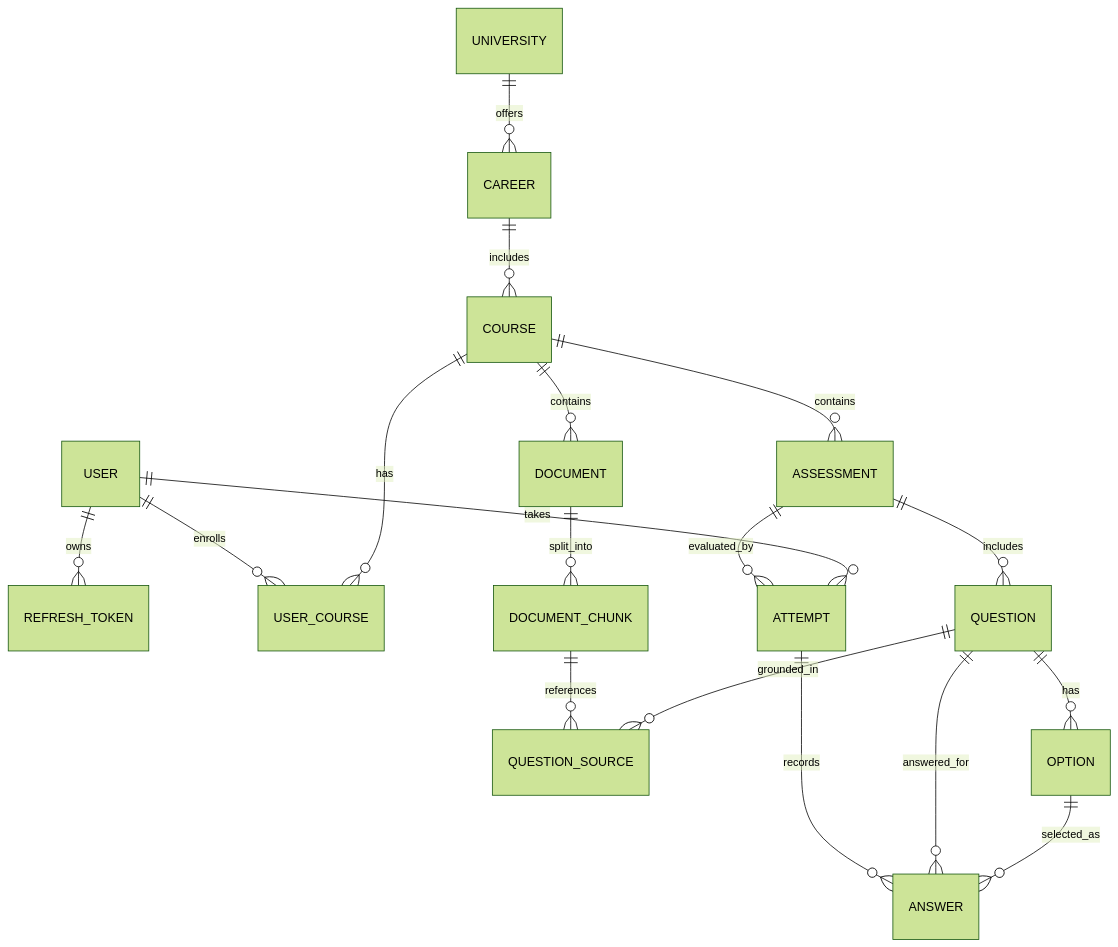
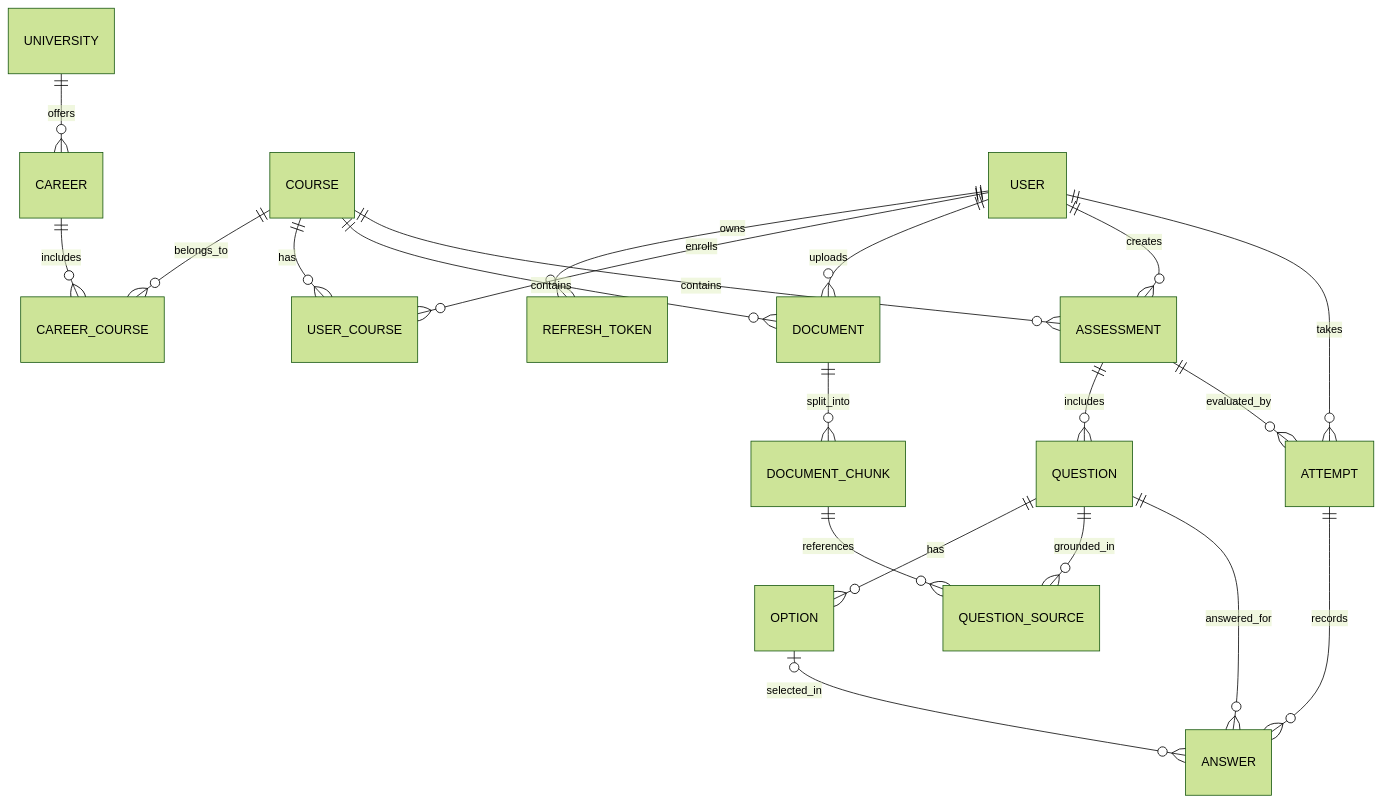
The diagram in README.md (Saamiira/examforge-backend), drawn with Mermaid (forest theme) before and after one commit. The commit also changed other lines of this file, not shown here.

Commit message:
docs: update README with full architecture details

````diff
--- a/README.md
+++ b/README.md
@@ -99,20 +85,23 @@
 ```mermaid
 erDiagram
     UNIVERSITY ||--o{ CAREER : offers
-    CAREER ||--o{ COURSE : includes
+    CAREER ||--o{ CAREER_COURSE : includes
+    COURSE ||--o{ CAREER_COURSE : belongs_to
     USER ||--o{ REFRESH_TOKEN : owns
     USER ||--o{ USER_COURSE : enrolls
     COURSE ||--o{ USER_COURSE : has
     COURSE ||--o{ DOCUMENT : contains
+    USER ||--o{ DOCUMENT : uploads
+    DOCUMENT ||--o{ DOCUMENT_CHUNK : split_into
     COURSE ||--o{ ASSESSMENT : contains
-    DOCUMENT ||--o{ DOCUMENT_CHUNK : split_into
-    DOCUMENT_CHUNK ||--o{ QUESTION_SOURCE : references
-    QUESTION ||--o{ QUESTION_SOURCE : grounded_in
+    USER ||--o{ ASSESSMENT : creates
     ASSESSMENT ||--o{ QUESTION : includes
     QUESTION ||--o{ OPTION : has
+    QUESTION ||--o{ QUESTION_SOURCE : grounded_in
+    DOCUMENT_CHUNK ||--o{ QUESTION_SOURCE : references
+    USER ||--o{ ATTEMPT : takes
     ASSESSMENT ||--o{ ATTEMPT : evaluated_by
-    USER ||--o{ ATTEMPT : takes
     ATTEMPT ||--o{ ANSWER : records
     QUESTION ||--o{ ANSWER : answered_for
-    OPTION ||--o{ ANSWER : selected_as
+    OPTION |o--o{ ANSWER : selected_in
 ```
````
